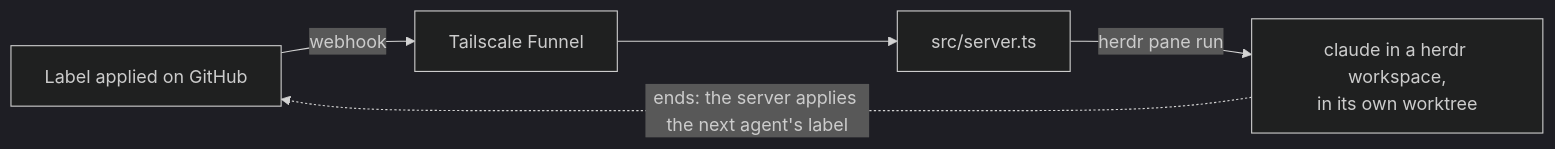
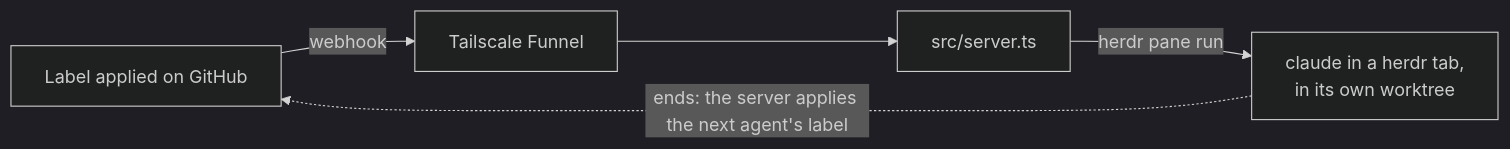
Before and after one commit to jd-solanki/ai: the first of 2 diagrams in apps/software-factory/README.md, drawn with Mermaid (dark theme). The commit also changed other lines of this file and 9 other files, not shown here.

First line of the commit message:
feat(software-factory): open a run as a tab in its repo workspace

````diff
--- a/apps/software-factory/README.md
+++ b/apps/software-factory/README.md
@@ -5,6 +5,6 @@
 ```mermaid
 flowchart LR
   L["Label applied on GitHub"] -->|webhook| F["Tailscale Funnel"] --> S["src/server.ts"]
-  S -->|"herdr pane run"| B["claude in a herdr workspace,<br/>in its own worktree"]
+  S -->|"herdr pane run"| B["claude in a herdr tab,<br/>in its own worktree"]
   B -.->|"ends: the server applies the next agent's label"| L
 ```
````
